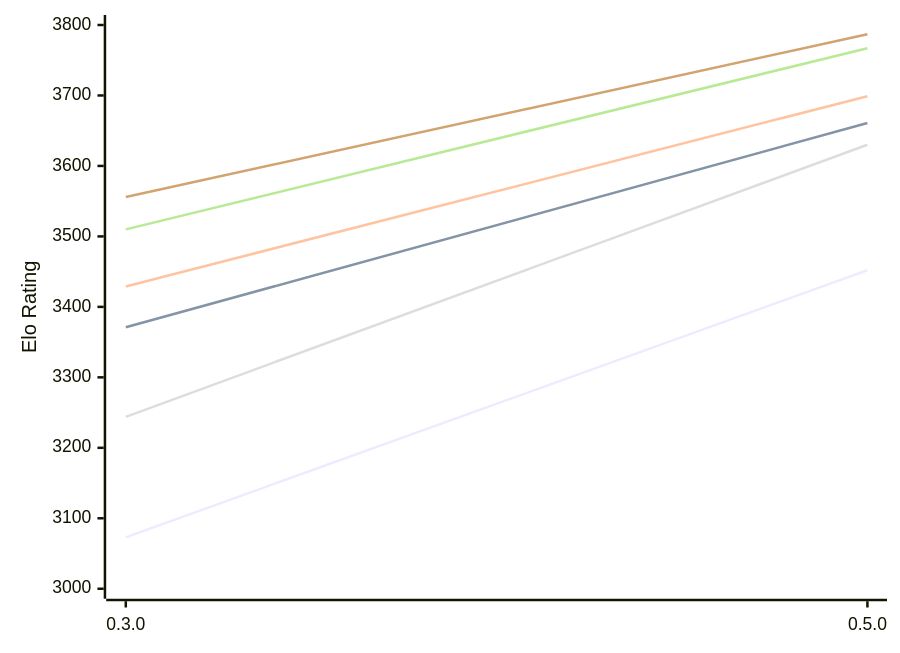
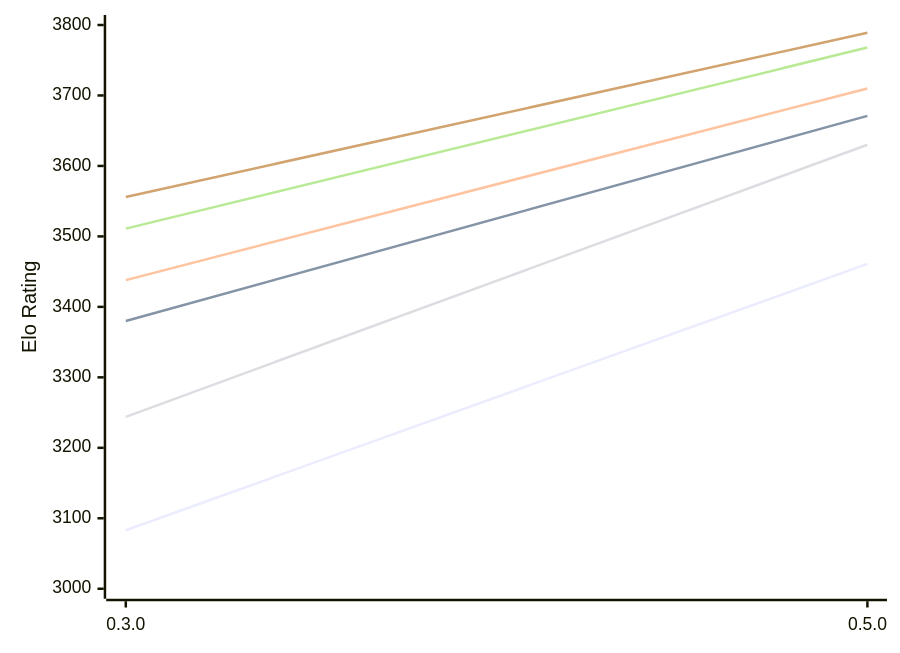
The first of 2 diagrams in engines/Justbot.md (computer-chess-index/cci), drawn with Mermaid before and after one commit. The commit also changed other lines of this file, not shown here.

Commit message:
Update CCI Ratings (ELO VLTC) - 2026-11-07

````diff
--- a/engines/Justbot.md
+++ b/engines/Justbot.md
@@ -53,12 +53,12 @@
 ```mermaid
 %%{init: {"theme":"base","themeVariables":{"seriesColors:['#a3a3a3','#222221','#faa371']}}}%%
 xychart-beta
   x-axis ["0.3.0", "0.5.0"]
   y-axis "Elo Rating" 3000 --> 3800
-  line "E1: STC (8.0+0.08s)" [3073, 3452]
-  line "E1: LTC (60.0+0.60s)" [3371, 3661]
-  line "E1: VLTC (2m24s+1.12s)" [3429, 3699]
+  line "E1: STC (8.0+0.08s)" [3083, 3461]
+  line "E1: LTC (60.0+0.60s)" [3380, 3671]
+  line "E1: VLTC (2m24s+1.12s)" [3438, 3710]
   line "P1: STC (8.0+0.08s)" [3244, 3630]
-  line "P1: LTC (60.0+0.60s)" [3510, 3767]
-  line "P1: VLTC (2m24s+1.12s)" [3556, 3787]
+  line "P1: LTC (60.0+0.60s)" [3511, 3768]
+  line "P1: VLTC (2m24s+1.12s)" [3556, 3789]
 ```
````
